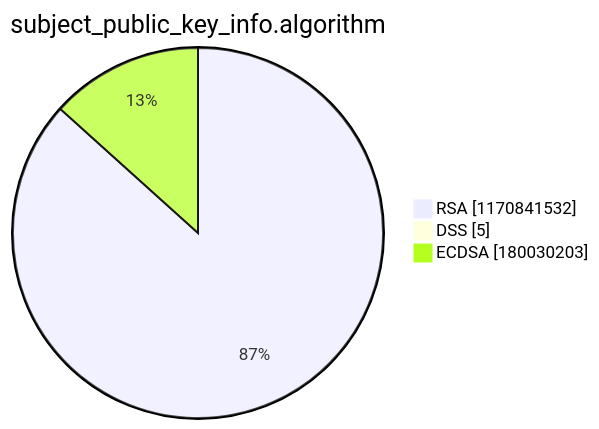
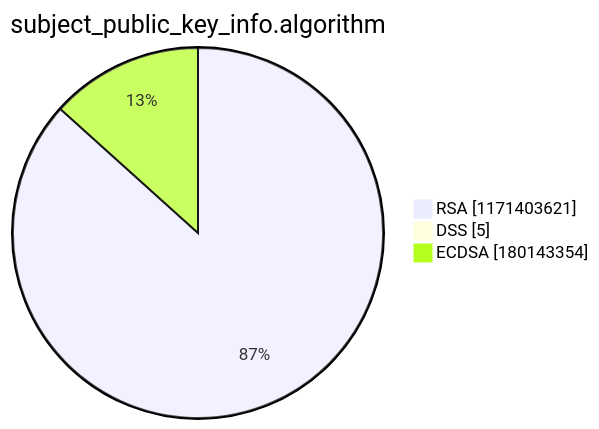
Before and after one commit to christiankrug/ctmonitor_visualization: the third of 15 diagrams in argon2022/README.md, drawn with Mermaid. The commit also changed other lines of this file, not shown here.

````diff
--- a/argon2022/README.md
+++ b/argon2022/README.md
@@ -14,7 +14,7 @@
 ```mermaid
 pie showData
 title subject_public_key_info.algorithm
-"RSA" :1170841532
+"RSA" :1171403621
 "DSS" :5
-"ECDSA" :180030203
+"ECDSA" :180143354
 ```
````
